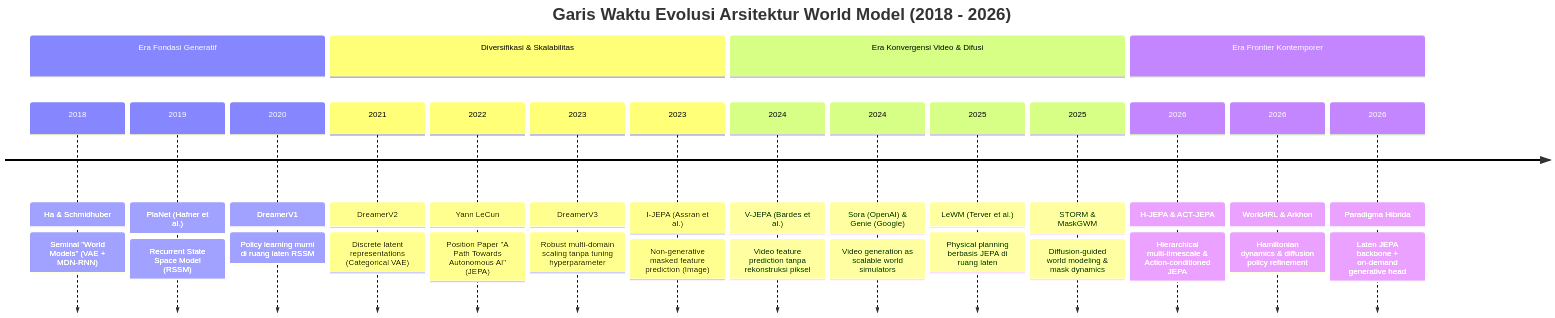
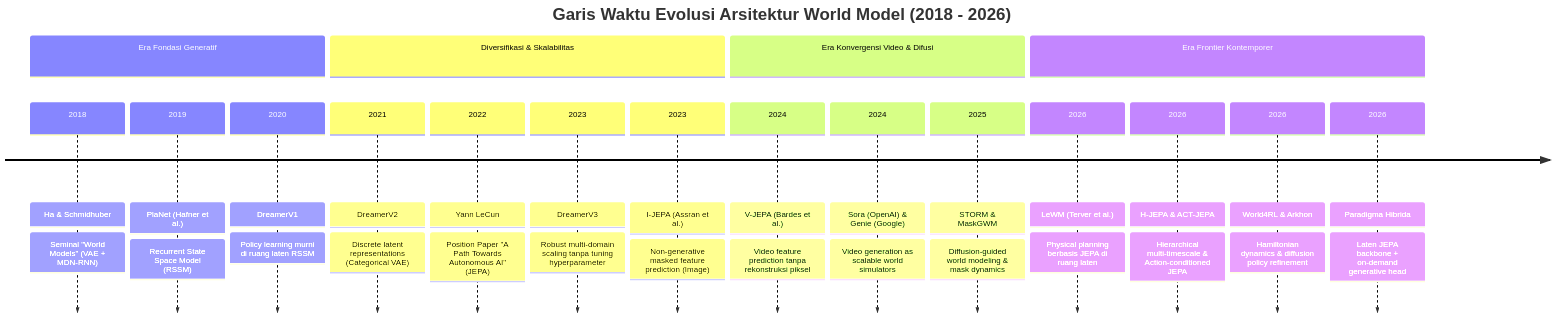
The first of 6 diagrams in 05_SINTESIS_DAN_JAWABAN_RQ.md (aryarefman/penulisan-ilmiah), drawn with Mermaid before and after one commit. The commit also changed 1 other file, not shown here.

Commit message:
fix(synthesis): correct timeline chronology and add complete 18-attribute extraction for FP-05 Sora

````diff
--- a/05_SINTESIS_DAN_JAWABAN_RQ.md
+++ b/05_SINTESIS_DAN_JAWABAN_RQ.md
@@ -17,22 +17,22 @@
 ```mermaid
 timeline
     title Garis Waktu Evolusi Arsitektur World Model (2018 - 2026)
     section Era Fondasi Generatif
         2018 : Ha & Schmidhuber : Seminal "World Models" (VAE + MDN-RNN)
         2019 : PlaNet (Hafner et al.) : Recurrent State Space Model (RSSM)
         2020 : DreamerV1 : Policy learning murni di ruang laten RSSM
     section Diversifikasi & Skalabilitas
         2021 : DreamerV2 : Discrete latent representations (Categorical VAE)
         2022 : Yann LeCun : Position Paper "A Path Towards Autonomous AI" (JEPA)
         2023 : DreamerV3 : Robust multi-domain scaling tanpa tuning hyperparameter
         2023 : I-JEPA (Assran et al.) : Non-generative masked feature prediction (Image)
     section Era Konvergensi Video & Difusi
         2024 : V-JEPA (Bardes et al.) : Video feature prediction tanpa rekonstruksi piksel
         2024 : Sora (OpenAI) & Genie (Google) : Video generation as scalable world simulators
-        2025 : LeWM (Terver et al.) : Physical planning berbasis JEPA di ruang laten
         2025 : STORM & MaskGWM : Diffusion-guided world modeling & mask dynamics
     section Era Frontier Kontemporer
+        2026 : LeWM (Terver et al.) : Physical planning berbasis JEPA di ruang laten
         2026 : H-JEPA & ACT-JEPA : Hierarchical multi-timescale & Action-conditioned JEPA
         2026 : World4RL & Arkhon : Hamiltonian dynamics & diffusion policy refinement
         2026 : Paradigma Hibrida : Laten JEPA backbone + on-demand generative head
 ```
````
